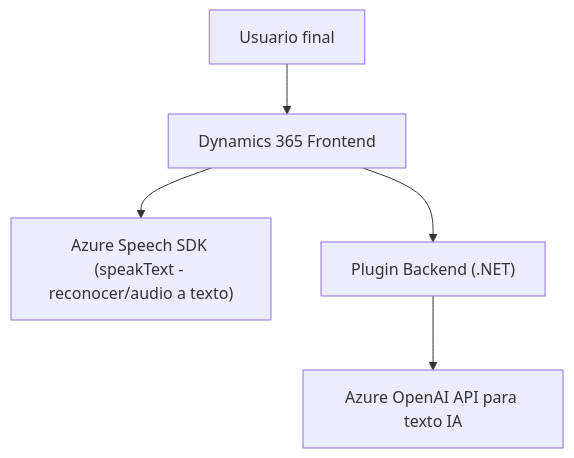
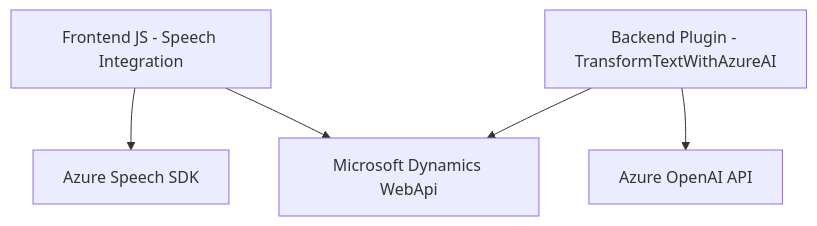
Before and after one commit to blopezdm/NETCORE_BILBAO2025: the diagram in README.md, drawn with Mermaid. The commit also changed other lines of this file, not shown here.

````diff
--- a/README.md
+++ b/README.md
@@ -45,13 +62,13 @@
 ```mermaid
 graph TD
-    A["Dynamics 365 Frontend"]
-    B["Azure Speech SDK (speakText - reconocer/audio a texto)"]
-    C["Plugin Backend (.NET)"]
-    D["Azure OpenAI API para texto IA"]
-    E["Usuario final"]
+    A["Azure Speech SDK"]
+    B["Azure OpenAI API"]
+    C["Microsoft Dynamics WebApi"]
+    D["Frontend JS - Speech Integration"]
+    E["Backend Plugin - TransformTextWithAzureAI"]
 
-    E --> A
-    A --> B
-    A --> C
-    C --> D
+    D --> A
+    D --> C
+    E --> B
+    E --> C
 ```
````
